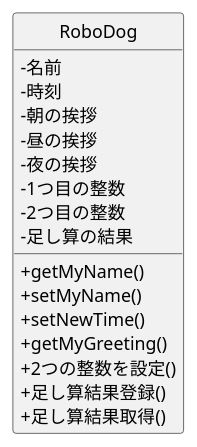
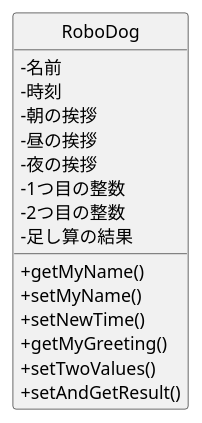
One commit to tagamiren/ohara_uml changed the diagram in 06_robo_dog/class.pu. Above: the diagram before and after it, drawn with PlantUML. The commit also changed 2 other files, not shown here.

```diff
--- a/06_robo_dog/class.pu
+++ b/06_robo_dog/class.pu
@@ -1,26 +1,28 @@
 @startuml Robodogクラス図
 skinparam classAttributeIconSize 0
 hide circle
 
 class RoboDog {
  -名前
  -時刻
  -朝の挨拶
  -昼の挨拶
  -夜の挨拶
  -1つ目の整数
  -2つ目の整数
  -足し算の結果
 
  +getMyName()
  +setMyName()
 '  +時刻の設定()
  +setNewTime()
 '  +時刻に応じた挨拶の言葉を取得()
  +getMyGreeting()
- +2つの整数を設定()
- +足し算結果登録()
- +足し算結果取得()
+'  +2つの整数を設定()
+ +setTwoValues()
+'  +足し算結果登録()
+'  +足し算結果取得()
+ +setAndGetResult()
 }
 
 @enduml
```
